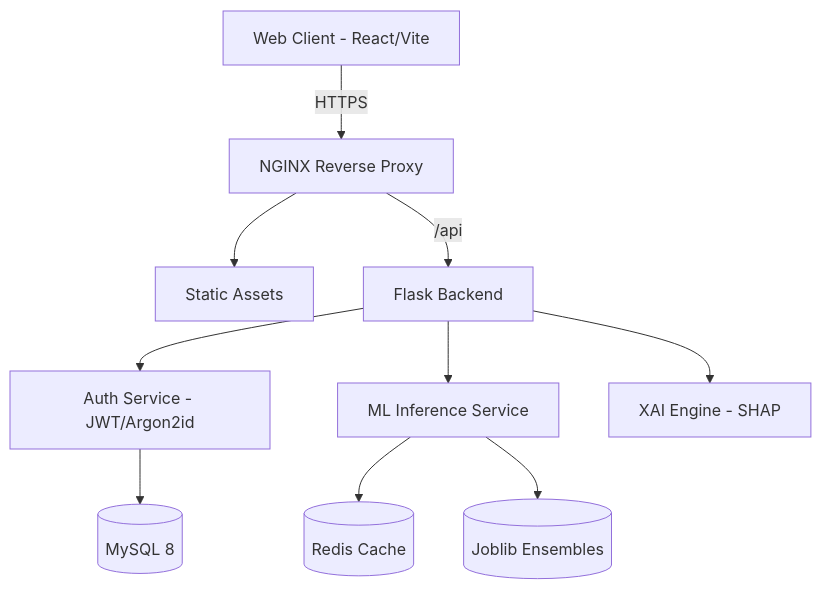
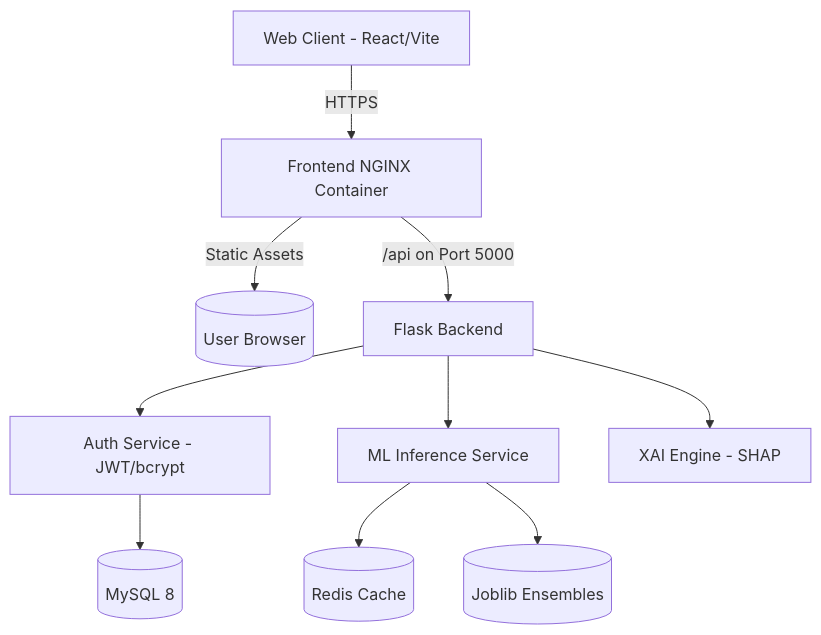
Before and after one commit to JagabattulaKarthikeya-1227/FraudShield-AI: the diagram in README.md, drawn with Mermaid. The commit also changed other lines of this file and 16 other files, not shown here.

Commit message:
fix: resolve failing tests, pin numpy, fix test mocks, and update architecture docs

````diff
--- a/README.md
+++ b/README.md
@@ -50,13 +50,13 @@
 ```mermaid
 graph TD
-    Client[Web Client - React/Vite] -->|HTTPS| Proxy[NGINX Reverse Proxy]
-    Proxy --> Frontend[Static Assets]
-    Proxy -->|/api| Gateway[Flask Backend]
-    Gateway --> Auth[Auth Service - JWT/Argon2id]
+    Client[Web Client - React/Vite] -->|HTTPS| Frontend[Frontend NGINX Container]
+    Frontend -->|Static Assets| Browser[(User Browser)]
+    Frontend -->|/api on Port 5000| Gateway[Flask Backend]
+    Gateway --> Auth[Auth Service - JWT/bcrypt]
     Gateway --> Inference[ML Inference Service]
     Gateway --> Explain[XAI Engine - SHAP]
     
     Inference --> Redis[(Redis Cache)]
     Auth --> MySQL[(MySQL 8)]
     Inference --> Model[(Joblib Ensembles)]
 ```
````
